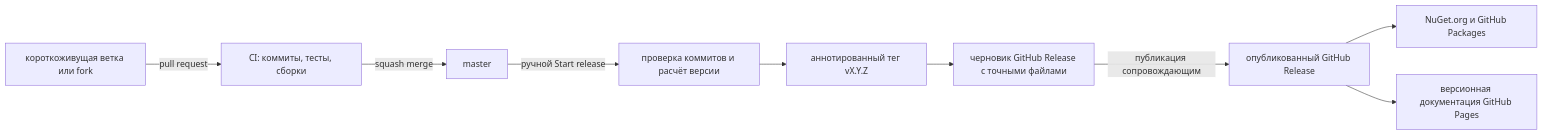
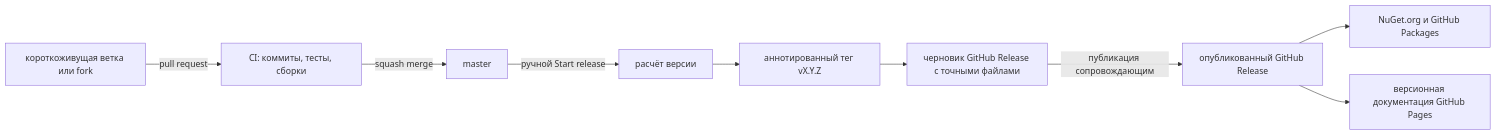
The second of 2 diagrams in docs/ru/DEVELOPMENT.md (2chevskii/FigmaMCP), drawn with Mermaid before and after one commit. The commit also changed other lines of this file and 6 other files, not shown here.

````diff
--- a/docs/ru/DEVELOPMENT.md
+++ b/docs/ru/DEVELOPMENT.md
@@ -55,11 +55,11 @@
 ```mermaid
 flowchart LR
     branch[короткоживущая ветка или fork] -->|pull request| checks[CI: коммиты, тесты, сборки]
     checks -->|squash merge| master[master]
-    master -->|ручной Start release| version[проверка коммитов и расчёт версии]
+    master -->|ручной Start release| version[расчёт версии]
     version --> tag[аннотированный тег vX.Y.Z]
     tag --> draft[черновик GitHub Release с точными файлами]
     draft -->|публикация сопровождающим| published[опубликованный GitHub Release]
     published --> registries[NuGet.org и GitHub Packages]
     published --> pages[версионная документация GitHub Pages]
 ```
````
